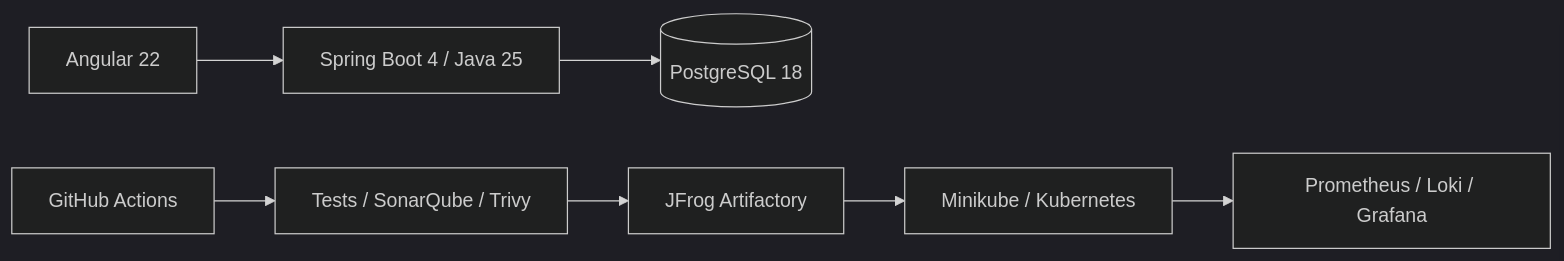
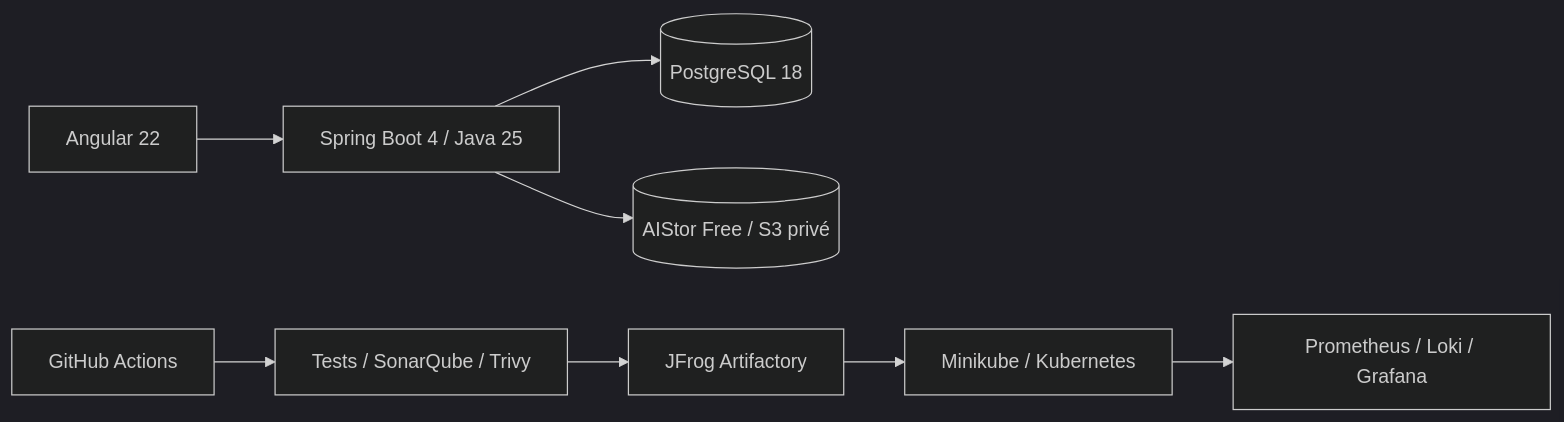
One commit to mouhamadoulo/molo-devops-lab changed the diagram in README.md. Above: the diagram before and after it, drawn with Mermaid (dark theme). The commit also changed other lines of this file and 51 other files, not shown here.

````diff
--- a/README.md
+++ b/README.md
@@ -14,9 +14,10 @@
 ```mermaid
 flowchart LR
     UI[Angular 22] --> API[Spring Boot 4 / Java 25]
     API --> DB[(PostgreSQL 18)]
+    API --> S3[(AIStor Free / S3 privé)]
     CI[GitHub Actions] --> QA[Tests / SonarQube / Trivy]
     QA --> ART[JFrog Artifactory]
     ART --> K8S[Minikube / Kubernetes]
     K8S --> OBS[Prometheus / Loki / Grafana]
 ```
````
